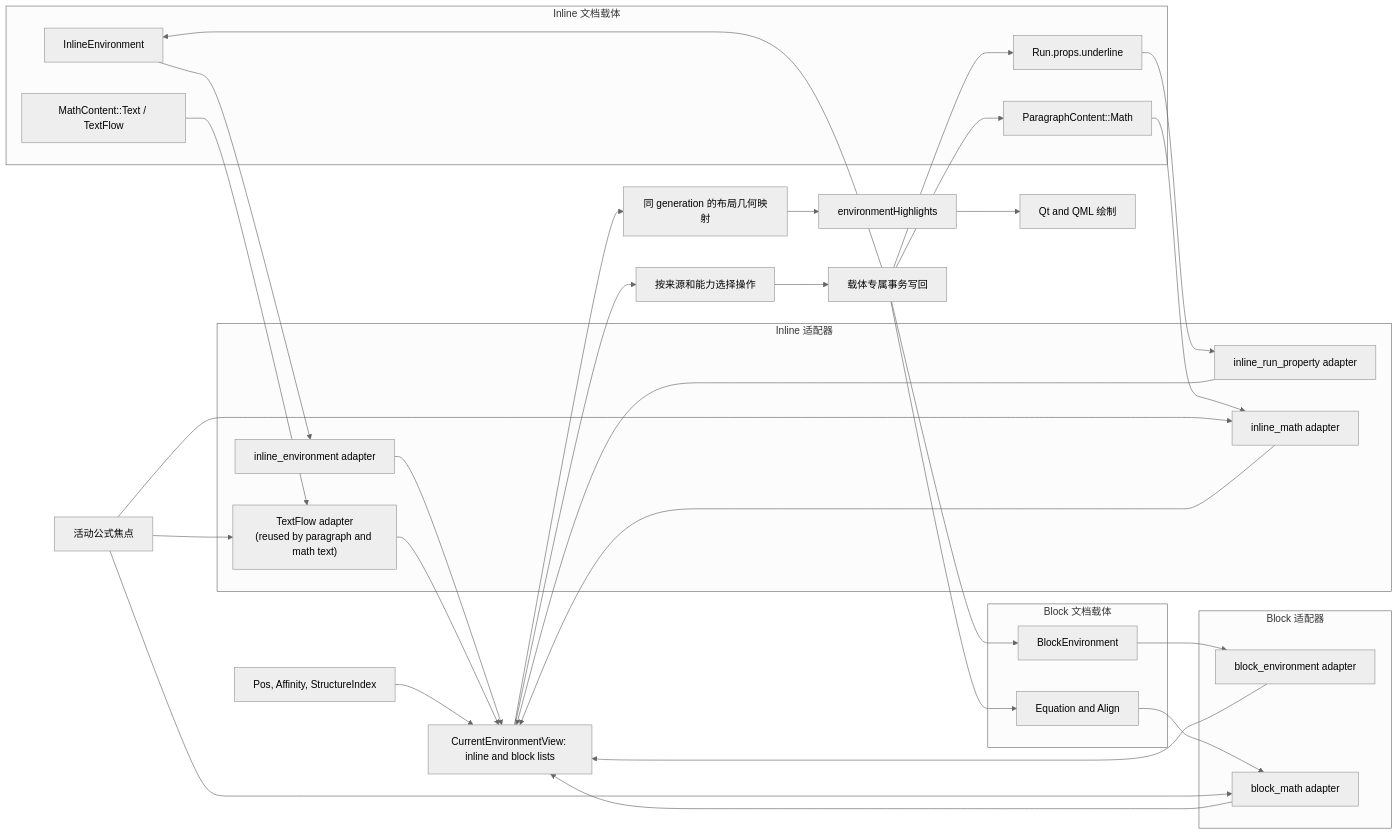
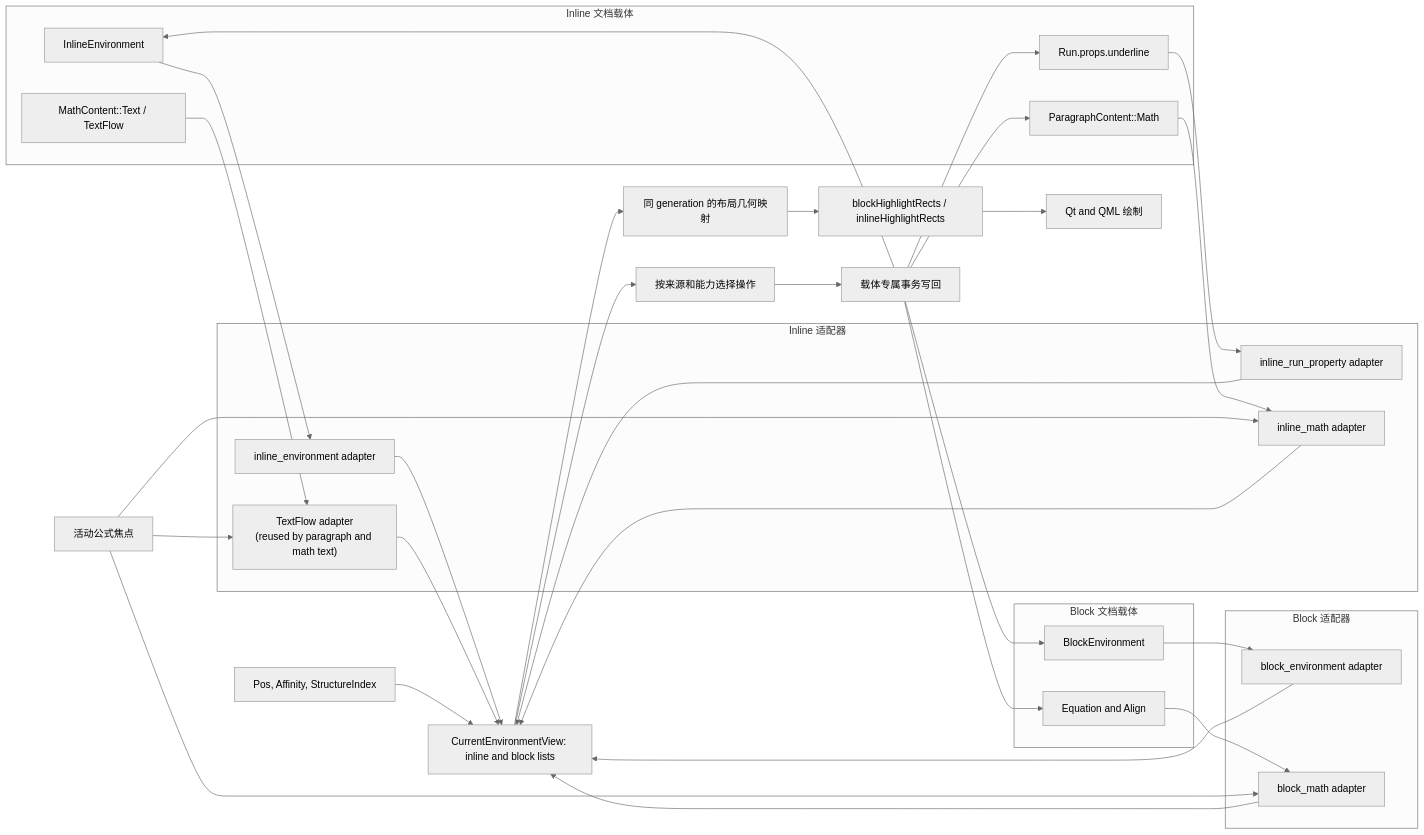
Before and after one commit to VibeSTEM/caret: the diagram in ai-docs/architecture/editor/document-model/inline-and-block-environments.md, drawn with Mermaid (neutral theme). The commit also changed other lines of this file and 22 other files, not shown here.

````diff
--- a/ai-docs/architecture/editor/document-model/inline-and-block-environments.md
+++ b/ai-docs/architecture/editor/document-model/inline-and-block-environments.md
@@ -26,53 +26,53 @@
 ```mermaid
 flowchart LR
     subgraph InlineSources[Inline 文档载体]
         IE["InlineEnvironment"]
         RP["Run.props.underline"]
         IM["ParagraphContent::Math"]
         MTX["MathContent::Text / TextFlow"]
     end
 
     subgraph InlineAdapters[Inline 适配器]
         IEA["inline_environment adapter"]
         RPA["inline_run_property adapter"]
         IMA["inline_math adapter"]
         TXA["TextFlow adapter\n(reused by paragraph and math text)"]
     end
 
     subgraph BlockSources[Block 文档载体]
         BE["BlockEnvironment"]
         MB["Equation and Align"]
     end
 
     subgraph BlockAdapters[Block 适配器]
         BEA["block_environment adapter"]
         MBA["block_math adapter"]
     end
 
     POS["Pos, Affinity, StructureIndex"]
     MT["活动公式焦点"]
     VIEW["CurrentEnvironmentView: inline and block lists"]
     OPS["按来源和能力选择操作"]
     WRITE["载体专属事务写回"]
     GEO["同 generation 的布局几何映射"]
-    HILITE["environmentHighlights"]
+    HILITE["blockHighlightRects / inlineHighlightRects"]
     PAINT["Qt and QML 绘制"]
 
     IE --> IEA --> VIEW
     RP --> RPA --> VIEW
     IM --> IMA --> VIEW
     MTX --> TXA --> VIEW
     BE --> BEA --> VIEW
     MB --> MBA --> VIEW
     POS --> VIEW
     MT --> IMA
     MT --> TXA
     MT --> MBA
     VIEW --> OPS --> WRITE
     WRITE --> IE
     WRITE --> RP
     WRITE --> IM
     WRITE --> BE
     WRITE --> MB
     VIEW --> GEO --> HILITE --> PAINT
 ```
````
